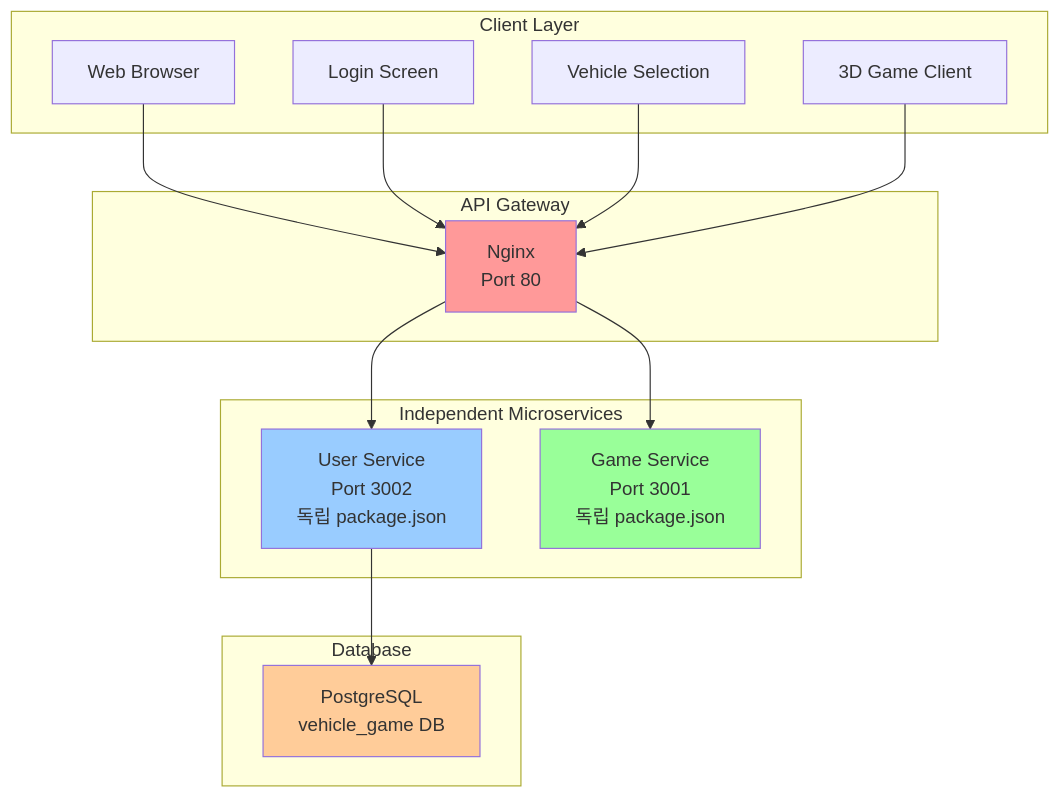
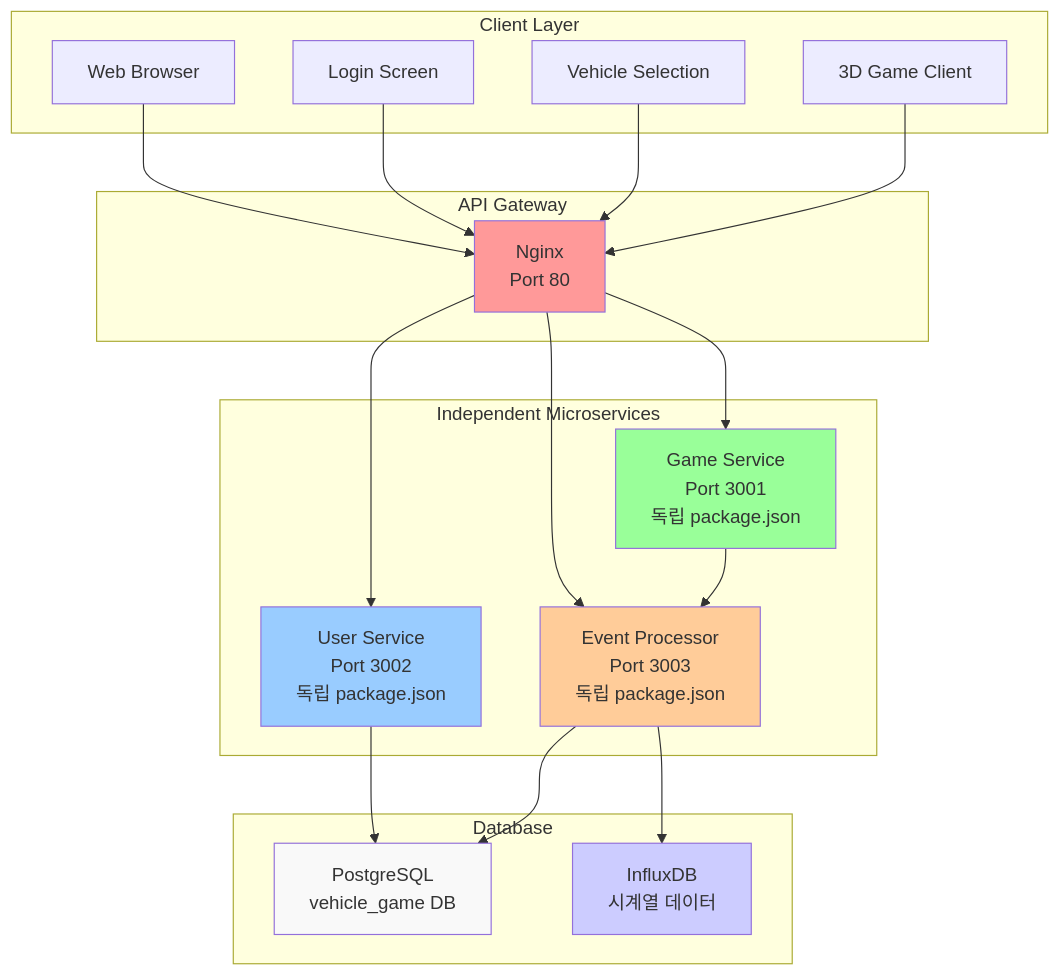
The first of 2 diagrams in README.md (tanminkwan/test2), drawn with Mermaid before and after one commit. The commit also changed other lines of this file and 15 other files, not shown here.

````diff
--- a/README.md
+++ b/README.md
@@ -13,37 +13,45 @@
 ```mermaid
 graph TB
     subgraph "Client Layer"
         A[Web Browser]
         B[Login Screen]
         C[Vehicle Selection]
         D[3D Game Client]
     end
     
     subgraph "API Gateway"
         E[Nginx<br/>Port 80]
     end
     
     subgraph "Independent Microservices"
         F[User Service<br/>Port 3002<br/>독립 package.json]
         G[Game Service<br/>Port 3001<br/>독립 package.json]
+        H[Event Processor<br/>Port 3003<br/>독립 package.json]
     end
     
     subgraph "Database"
-        H[PostgreSQL<br/>vehicle_game DB]
+        I[PostgreSQL<br/>vehicle_game DB]
+        J[InfluxDB<br/>시계열 데이터]
     end
     
     A --> E
     B --> E
     C --> E
     D --> E
     
     E --> F
     E --> G
+    E --> H
     
-    F --> H
+    F --> I
+    G --> H
+    H --> I
+    H --> J
     
     style E fill:#ff9999
     style F fill:#99ccff
     style G fill:#99ff99
     style H fill:#ffcc99
+    style I fill:#f9f9f9
+    style J fill:#ccccff
 ```
````
